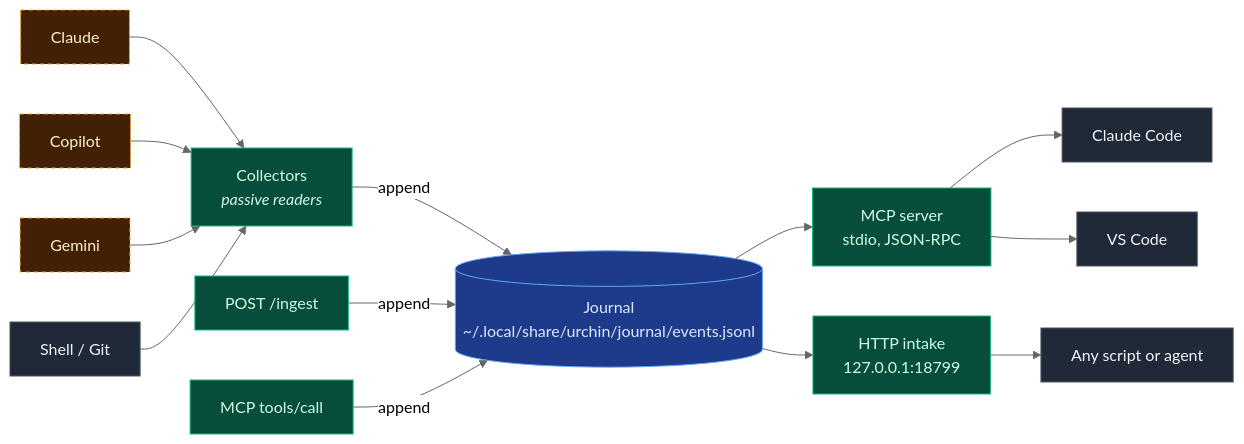
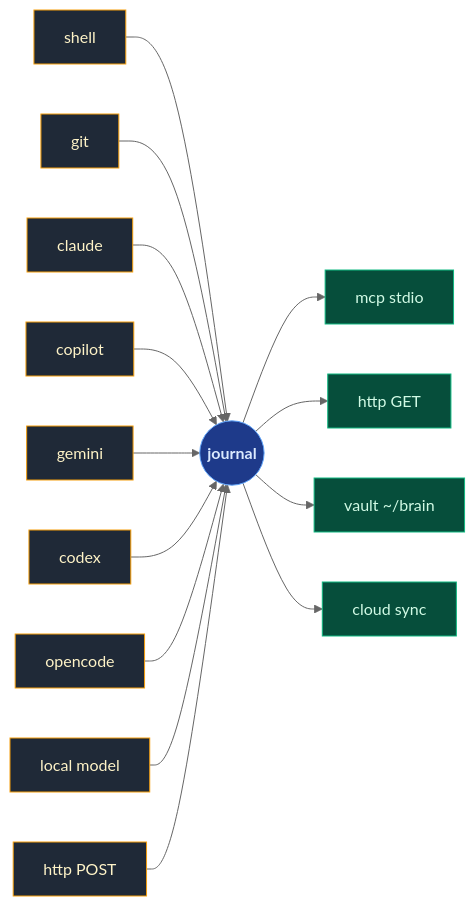
Before and after one commit to orinadus-systems/urchin: the diagram in README.md, drawn with Mermaid (neutral theme). The commit also changed other lines of this file and 9 other files, not shown here.

First line of the commit message:
feat: copilot + gemini collectors, vault projection, CLI recent/query/vault

````diff
--- a/README.md
+++ b/README.md
@@ -24,26 +25,27 @@
 ```mermaid
 flowchart LR
-    C1[Claude]:::pending --> COL
-    C2[Copilot]:::pending --> COL
-    C3[Gemini]:::pending --> COL
-    C4[Shell / Git]:::tool --> COL
+    SH[shell]        --> J
+    GIT[git]         --> J
+    CL[claude]       --> J
+    CP[copilot]      --> J
+    GM[gemini]       --> J
+    CDX[codex]       --> J
+    OC[opencode]     --> J
+    LM[local model]  --> J
+    HI[http POST]    --> J
 
-    COL[Collectors<br/><i>passive readers</i>]:::live -->|append| J
+    J(( journal ))
 
-    HTTP[POST /ingest]:::live -->|append| J
-    MCP[MCP tools/call]:::live -->|append| J
+    J --> MCP[mcp stdio]
+    J --> HTTP[http GET]
+    J --> VAULT[vault ~/brain]
+    J --> SYNC[cloud sync]
 
-    J[(Journal<br/>~/.local/share/urchin/journal/events.jsonl)]:::core
+    classDef core      fill:#1e3a8a,stroke:#60a5fa,color:#dbeafe,font-weight:bold
+    classDef collector fill:#1f2937,stroke:#f59e0b,color:#fef3c7
+    classDef consumer  fill:#064e3b,stroke:#10b981,color:#d1fae5
 
-    J --> MCPR[MCP server<br/>stdio, JSON-RPC]:::live
-    J --> HTTPR[HTTP intake<br/>127.0.0.1:18799]:::live
-
-    MCPR --> T1[Claude Code]:::tool
-    MCPR --> T2[VS Code]:::tool
-    HTTPR --> T3[Any script or agent]:::tool
-
-    classDef tool fill:#1f2937,stroke:#4b5563,color:#f3f4f6
-    classDef live fill:#064e3b,stroke:#10b981,color:#d1fae5
-    classDef pending fill:#422006,stroke:#f59e0b,color:#fef3c7,stroke-dasharray: 4 4
-    classDef core fill:#1e3a8a,stroke:#60a5fa,color:#dbeafe
+    class J core
+    class SH,GIT,CL,CP,GM,CDX,OC,LM,HI collector
+    class MCP,HTTP,VAULT,SYNC consumer
 ```
````
